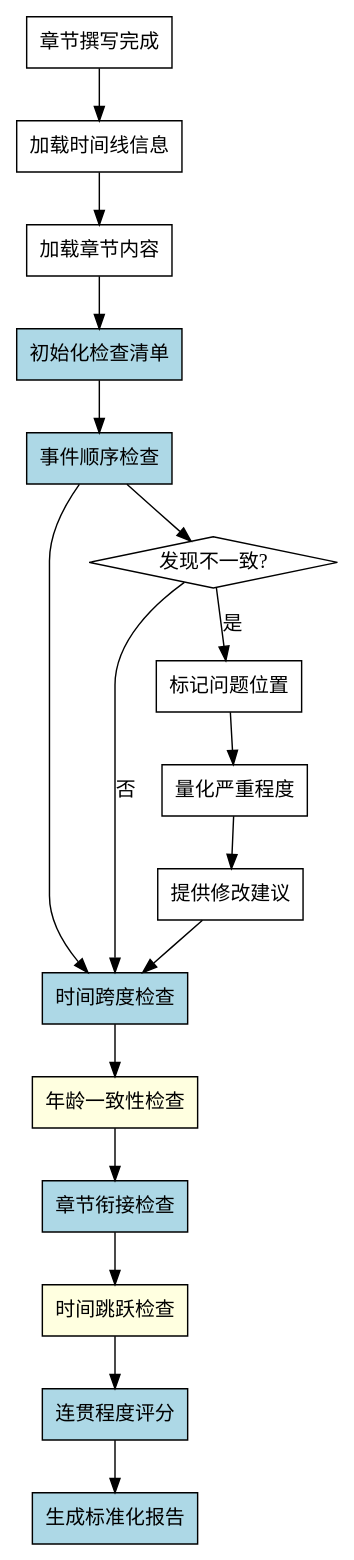
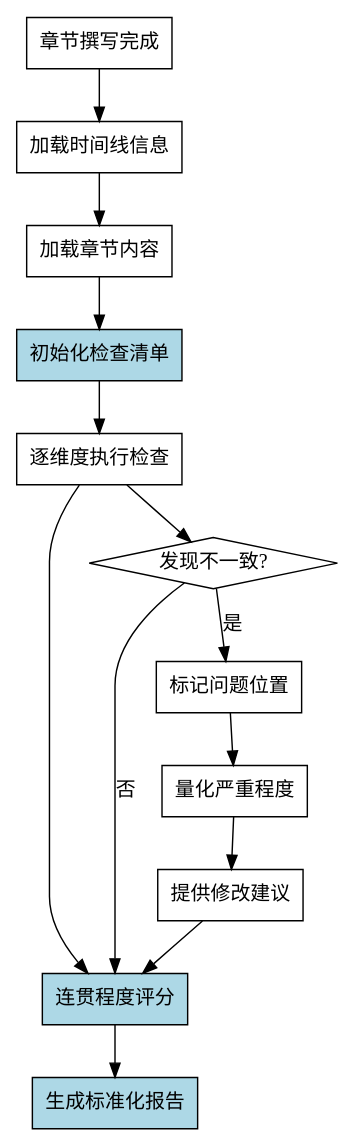
The diagram in .opencode/skills/check-timeline/SKILL.md (llklkl/novel), drawn with Graphviz before and after one commit. The commit also changed other lines of this file and 19 other files, not shown here.

````diff
--- a/.opencode/skills/check-timeline/SKILL.md
+++ b/.opencode/skills/check-timeline/SKILL.md
@@ -34,40 +27,32 @@
 ```dot
 digraph check_timeline {
     rankdir=TB;
     
     "章节撰写完成" [shape=box];
     "加载时间线信息" [shape=box];
     "加载章节内容" [shape=box];
     "初始化检查清单" [shape=box, style=filled, fillcolor=lightblue];
-    "事件顺序检查" [shape=box, style=filled, fillcolor=lightblue];
-    "时间跨度检查" [shape=box, style=filled, fillcolor=lightblue];
-    "年龄一致性检查" [shape=box, style=filled, fillcolor=lightyellow];
-    "章节衔接检查" [shape=box, style=filled, fillcolor=lightblue];
-    "时间跳跃检查" [shape=box, style=filled, fillcolor=lightyellow];
+    "逐维度执行检查" [shape=box];
     "连贯程度评分" [shape=box, style=filled, fillcolor=lightblue];
     "生成标准化报告" [shape=box, style=filled, fillcolor=lightblue];
     "发现不一致?" [shape=diamond];
     "标记问题位置" [shape=box];
     "量化严重程度" [shape=box];
     "提供修改建议" [shape=box];
     
     "章节撰写完成" -> "加载时间线信息";
     "加载时间线信息" -> "加载章节内容";
     "加载章节内容" -> "初始化检查清单";
-    "初始化检查清单" -> "事件顺序检查";
-    "事件顺序检查" -> "时间跨度检查";
-    "时间跨度检查" -> "年龄一致性检查";
-    "年龄一致性检查" -> "章节衔接检查";
-    "章节衔接检查" -> "时间跳跃检查";
-    "时间跳跃检查" -> "连贯程度评分";
+    "初始化检查清单" -> "逐维度执行检查";
+    "逐维度执行检查" -> "连贯程度评分";
     
-    "事件顺序检查" -> "发现不一致?";
+    "逐维度执行检查" -> "发现不一致?";
     "发现不一致?" -> "标记问题位置" [label="是"];
-    "发现不一致?" -> "时间跨度检查" [label="否"];
+    "发现不一致?" -> "连贯程度评分" [label="否"];
     "标记问题位置" -> "量化严重程度";
     "量化严重程度" -> "提供修改建议";
-    "提供修改建议" -> "时间跨度检查";
+    "提供修改建议" -> "连贯程度评分";
     
     "连贯程度评分" -> "生成标准化报告";
 }
 ```
````
